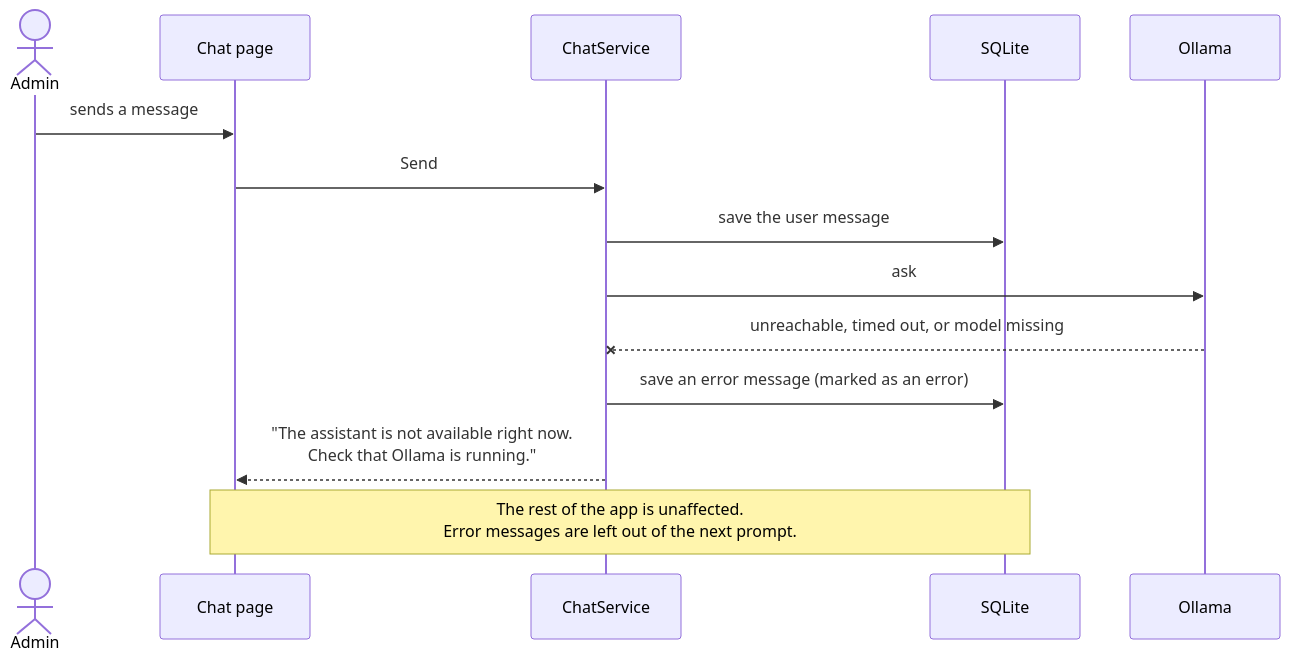
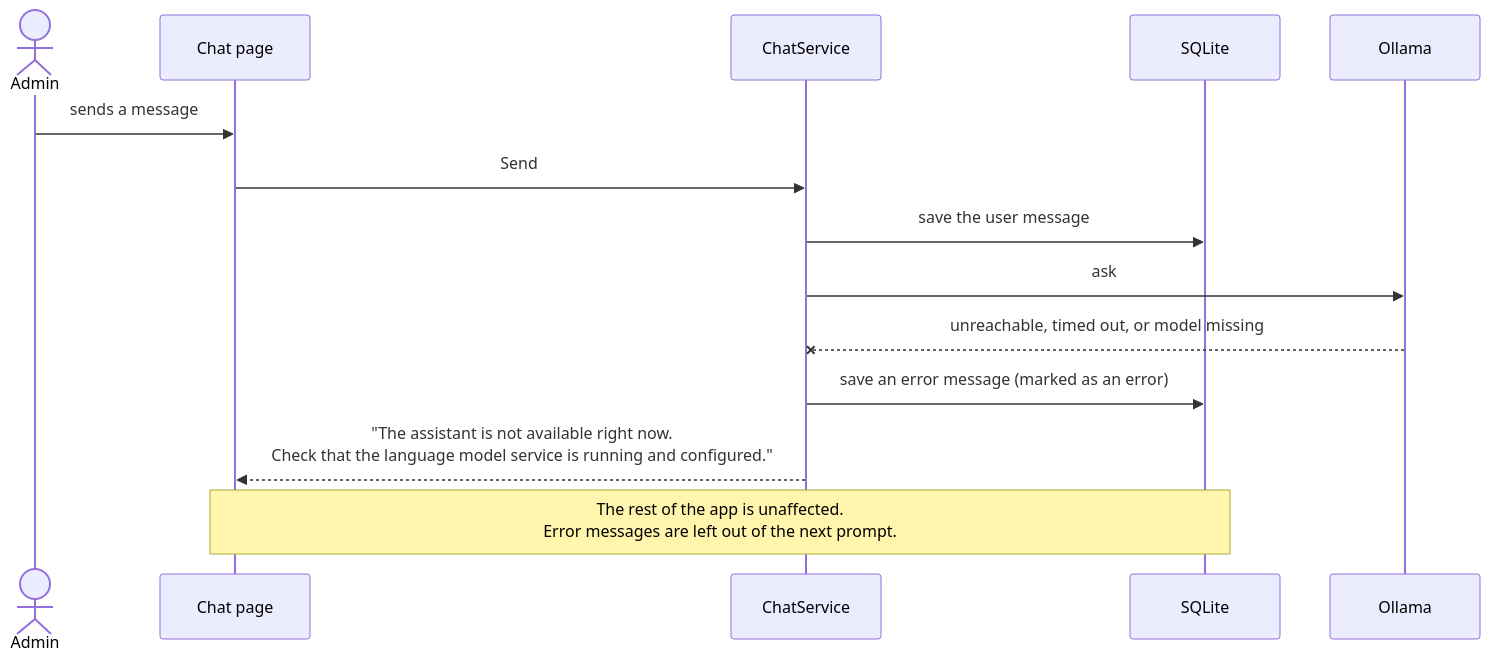
The diagram in docs/features/07-chat-history.md (sanuja-ariyapperuma/LLM-Tool-Calling-Demo), drawn with Mermaid before and after one commit. The commit also changed other lines of this file and 14 other files, not shown here.

````diff
--- a/docs/features/07-chat-history.md
+++ b/docs/features/07-chat-history.md
@@ -27,17 +27,17 @@
 ```mermaid
 sequenceDiagram
     actor Admin
     participant Page as Chat page
     participant Chat as ChatService
     participant DB as SQLite
     participant LLM as Ollama
 
     Admin->>Page: sends a message
     Page->>Chat: Send
     Chat->>DB: save the user message
     Chat->>LLM: ask
     LLM--xChat: unreachable, timed out, or model missing
     Chat->>DB: save an error message (marked as an error)
-    Chat-->>Page: "The assistant is not available right now.<br/>Check that Ollama is running."
+    Chat-->>Page: "The assistant is not available right now.<br/>Check that the language model service is running and configured."
     Note over Page,DB: The rest of the app is unaffected.<br/>Error messages are left out of the next prompt.
 ```
````
